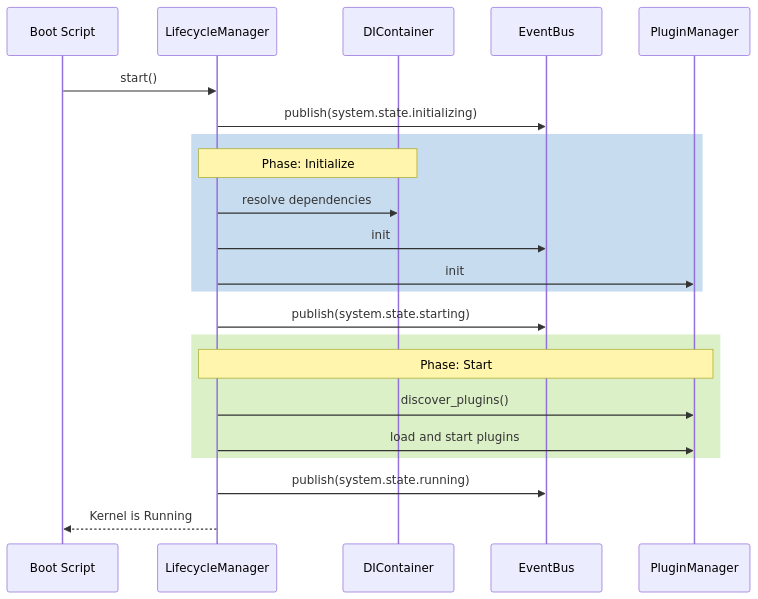
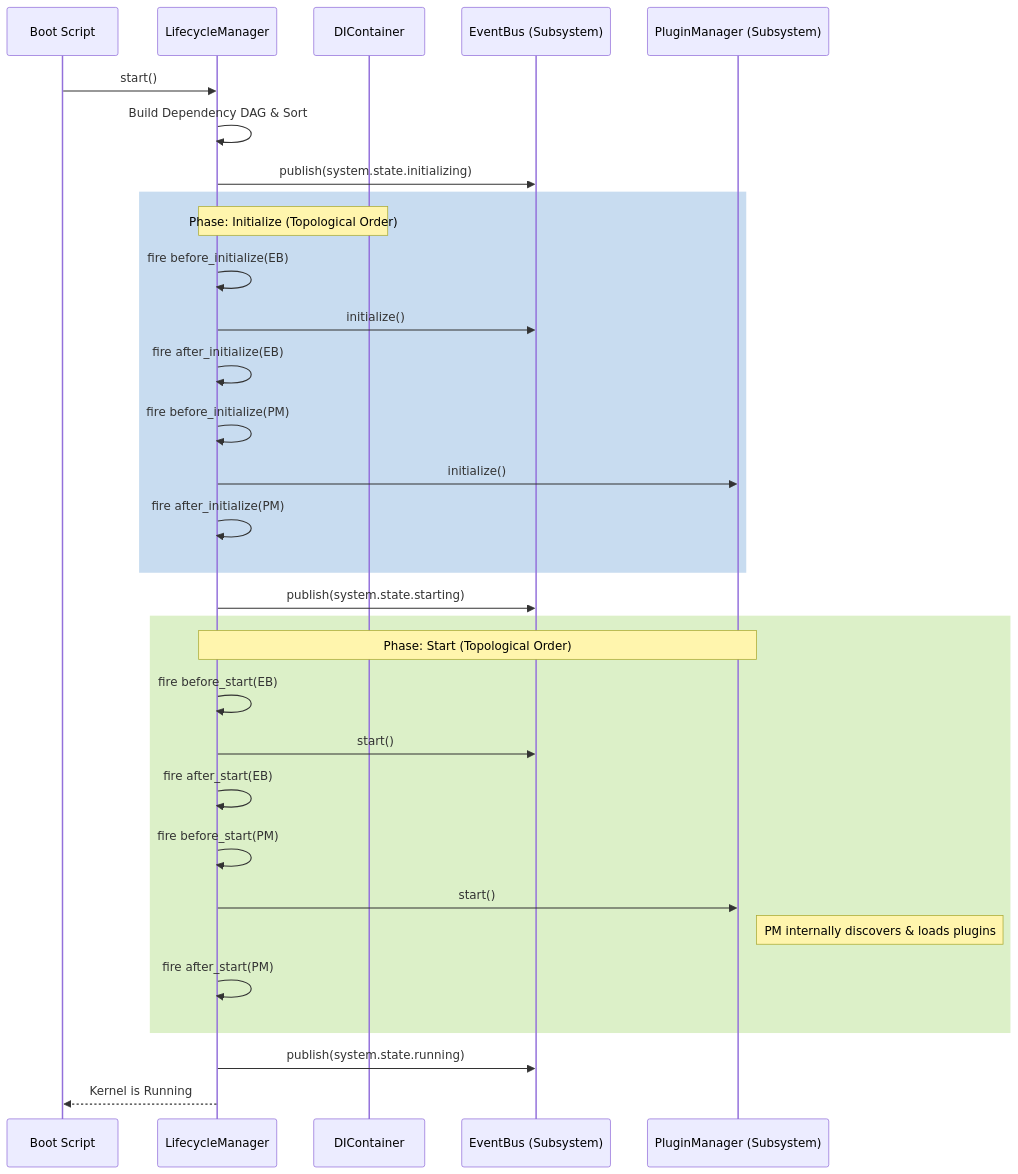
The first of 3 diagrams in docs/proposals/subsystem-6-lifecycle-manager-design.md (hulkavenger407-design/Jarvis-), drawn with Mermaid before and after one commit. The commit also changed other lines of this file and 1 other file, not shown here.

First line of the commit message:
docs(proposals): refine Subsystem 6 Lifecycle Manager architecture

````diff
--- a/docs/proposals/subsystem-6-lifecycle-manager-design.md
+++ b/docs/proposals/subsystem-6-lifecycle-manager-design.md
@@ -49,29 +76,40 @@
 ```mermaid
 sequenceDiagram
     participant Main as Boot Script
     participant LM as LifecycleManager
     participant DI as DIContainer
-    participant EB as EventBus
-    participant PM as PluginManager
+    participant EB as EventBus (Subsystem)
+    participant PM as PluginManager (Subsystem)
 
     Main->>LM: start()
+    LM->>LM: Build Dependency DAG & Sort
     LM->>EB: publish(system.state.initializing)
 
     rect rgb(200, 220, 240)
-        Note over LM, DI: Phase: Initialize
-        LM->>DI: resolve dependencies
-        LM->>EB: init
-        LM->>PM: init
+        Note over LM, DI: Phase: Initialize (Topological Order)
+        LM->>LM: fire before_initialize(EB)
+        LM->>EB: initialize()
+        LM->>LM: fire after_initialize(EB)
+
+        LM->>LM: fire before_initialize(PM)
+        LM->>PM: initialize()
+        LM->>LM: fire after_initialize(PM)
     end
 
     LM->>EB: publish(system.state.starting)
 
     rect rgb(220, 240, 200)
-        Note over LM, PM: Phase: Start
-        LM->>PM: discover_plugins()
-        LM->>PM: load and start plugins
+        Note over LM, PM: Phase: Start (Topological Order)
+        LM->>LM: fire before_start(EB)
+        LM->>EB: start()
+        LM->>LM: fire after_start(EB)
+
+        LM->>LM: fire before_start(PM)
+        LM->>PM: start()
+        Note right of PM: PM internally discovers & loads plugins
+        LM->>LM: fire after_start(PM)
     end
 
     LM->>EB: publish(system.state.running)
     LM-->>Main: Kernel is Running
 ```
````
